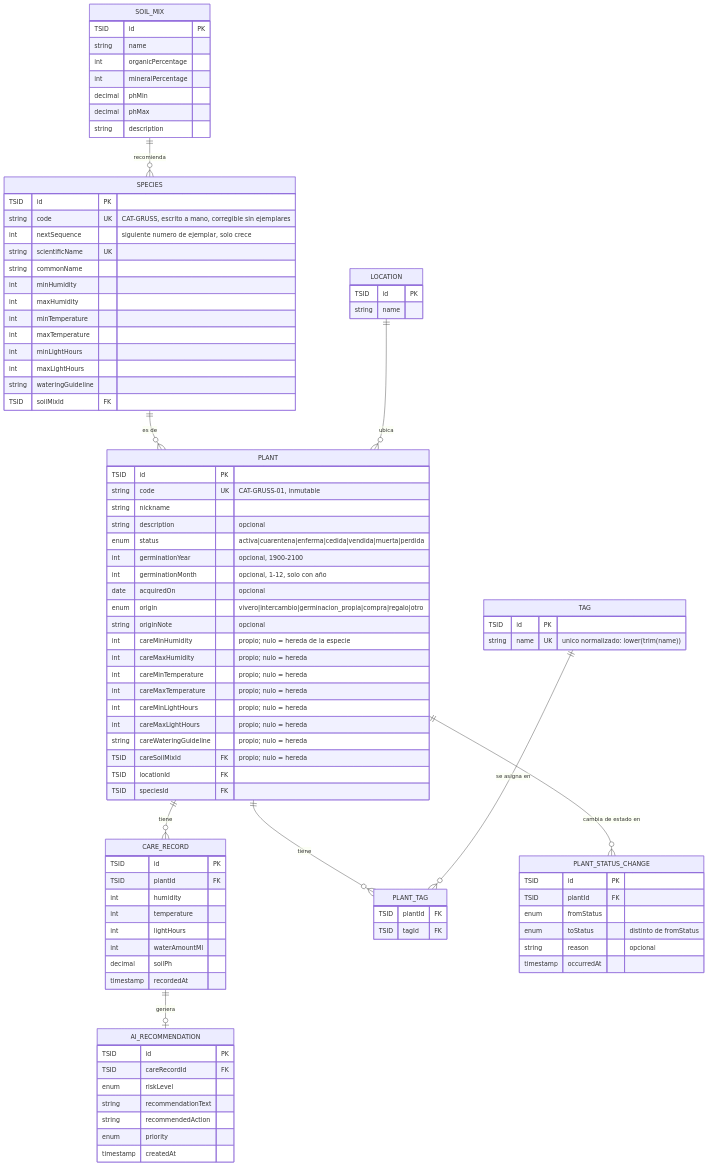
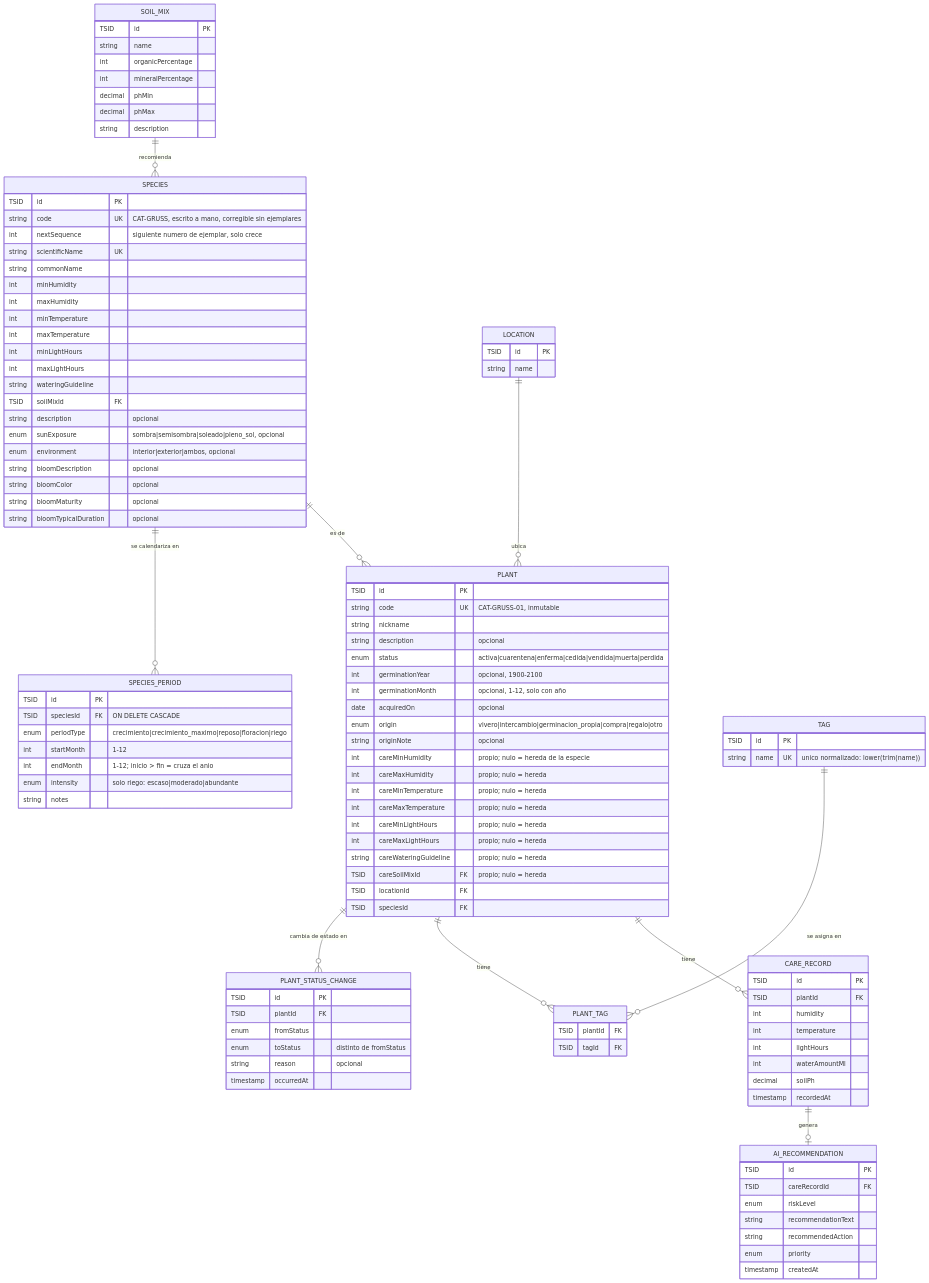
The diagram in docs/diagramas/modelo-datos-actual.md (dnavarro-bj/AI4Devs-finalproject), drawn with Mermaid before and after one commit. The commit also changed other lines of this file and 55 other files, not shown here.

```diff
--- a/docs/diagramas/modelo-datos-actual.md
+++ b/docs/diagramas/modelo-datos-actual.md
@@ -10,6 +10,7 @@
 erDiagram
     SOIL_MIX ||--o{ SPECIES : "recomienda"
     SPECIES ||--o{ PLANT : "es de"
+    SPECIES ||--o{ SPECIES_PERIOD : "se calendariza en"
     LOCATION ||--o{ PLANT : "ubica"
     PLANT ||--o{ CARE_RECORD : "tiene"
     CARE_RECORD ||--o| AI_RECOMMENDATION : "genera"
@@ -41,6 +42,23 @@
         int maxLightHours
         string wateringGuideline
         TSID soilMixId FK
+        string description "opcional"
+        enum sunExposure "sombra|semisombra|soleado|pleno_sol, opcional"
+        enum environment "interior|exterior|ambos, opcional"
+        string bloomDescription "opcional"
+        string bloomColor "opcional"
+        string bloomMaturity "opcional"
+        string bloomTypicalDuration "opcional"
+    }
+
+    SPECIES_PERIOD {
+        TSID id PK
+        TSID speciesId FK "ON DELETE CASCADE"
+        enum periodType "crecimiento|crecimiento_maximo|reposo|floracion|riego"
+        int startMonth "1-12"
+        int endMonth "1-12; inicio > fin = cruza el anio"
+        enum intensity "solo riego: escaso|moderado|abundante"
+        string notes
     }
 
     LOCATION {
```
